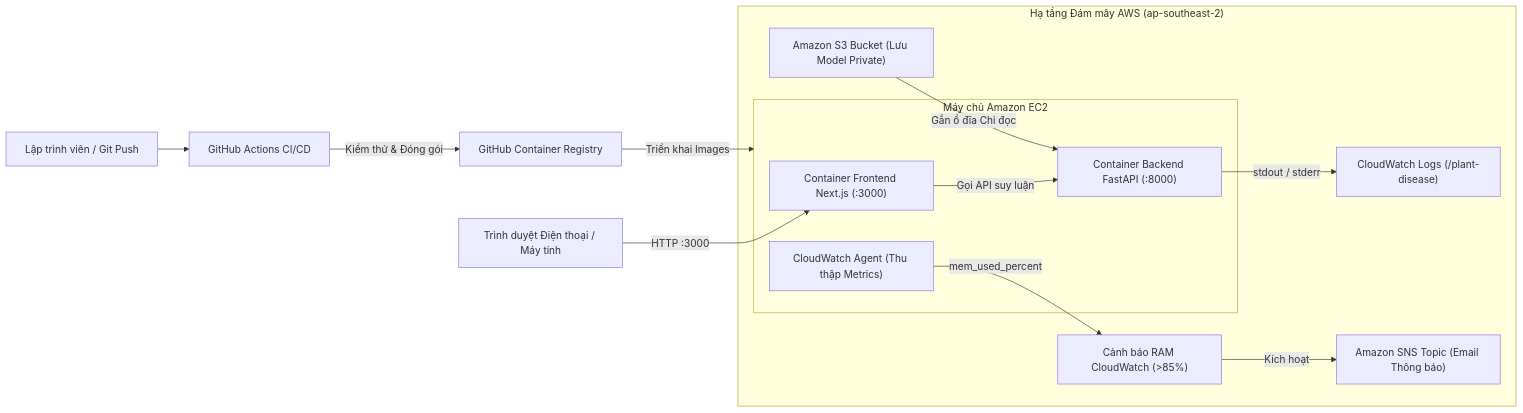
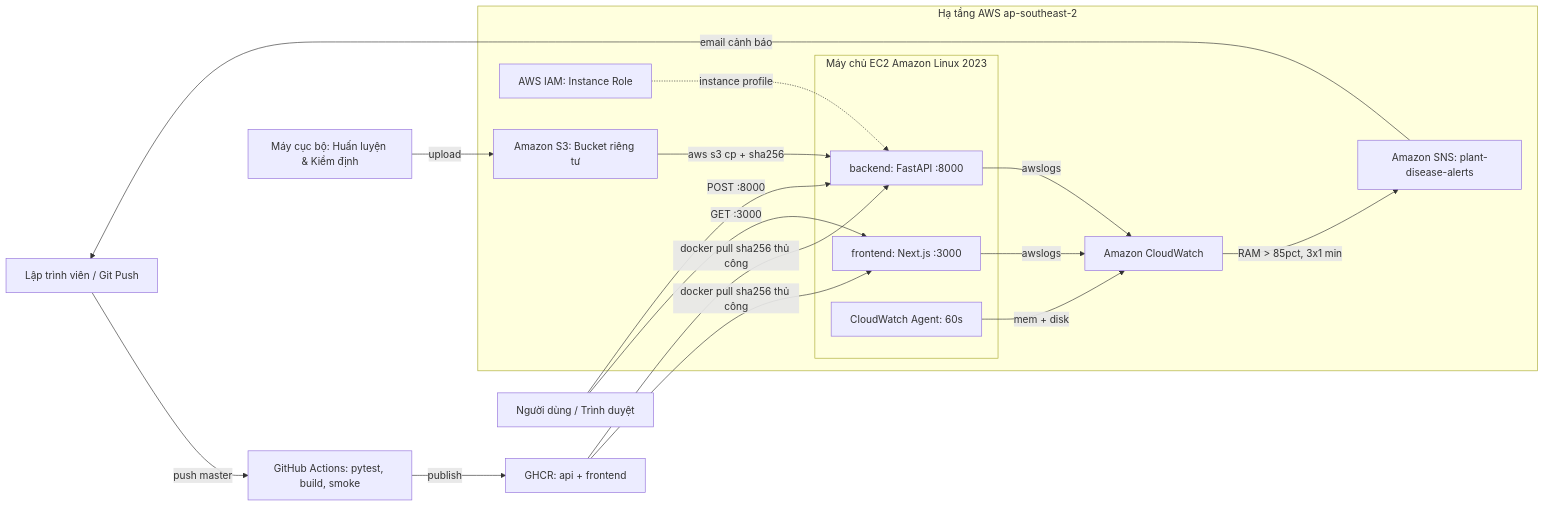
One commit to starkkk1/starkkk1.github.io changed the diagram in content/5-Workshop/_index.vi.md. Above: the diagram before and after it, drawn with Mermaid. The commit also changed 10 other files, not shown here.

Commit message:
fix(workshop): fix mermaid rendering on web and align end-to-end pipeline docs

````diff
--- a/content/5-Workshop/_index.vi.md
+++ b/content/5-Workshop/_index.vi.md
@@ -45,22 +45,27 @@
 ```mermaid
-flowchart LR
-    Dev[Lập trình viên / Git Push] --> GHA[GitHub Actions CI/CD]
-    GHA -->|Kiểm thử & Đóng gói| GHCR[GitHub Container Registry]
-    
-    subgraph AWS_Cloud ["Hạ tầng Đám mây AWS (ap-southeast-2)"]
-        subgraph EC2_Host ["Máy chủ Amazon EC2"]
-            FE["Container Frontend Next.js (:3000)"]
-            BE["Container Backend FastAPI (:8000)"]
-            CW_Agent["CloudWatch Agent (Thu thập Metrics)"]
-            FE -->|Gọi API suy luận| BE
+graph LR
+    Dev["Lập trình viên / Git Push"] -->|push master| GHA["GitHub Actions: pytest, build, smoke"]
+    GHA -->|publish| GHCR["GHCR: api + frontend"]
+    Local["Máy cục bộ: Huấn luyện & Kiểm định"] -->|upload| S3
+
+    subgraph Hạ tầng AWS ap-southeast-2
+        subgraph Máy chủ EC2 Amazon Linux 2023
+            FE["frontend: Next.js :3000"]
+            BE["backend: FastAPI :8000"]
+            CW_Agent["CloudWatch Agent: 60s"]
         end
-        
-        S3["Amazon S3 Bucket (Lưu Model Private)"] -->|Gắn ổ đĩa Chỉ đọc| BE
-        BE -->|stdout / stderr| CW_Logs["CloudWatch Logs (/plant-disease)"]
-        CW_Agent -->|mem_used_percent| CW_Alarm["Cảnh báo RAM CloudWatch (>85%)"]
-        CW_Alarm -->|Kích hoạt| SNS["Amazon SNS Topic (Email Thông báo)"]
+
+        S3["Amazon S3: Bucket riêng tư"] -->|aws s3 cp + sha256| BE
+        IAM["AWS IAM: Instance Role"] -.->|instance profile| BE
+        FE -->|awslogs| CW["Amazon CloudWatch"]
+        BE -->|awslogs| CW
+        CW_Agent -->|mem + disk| CW
+        CW -->|RAM > 85pct, 3x1 min| SNS["Amazon SNS: plant-disease-alerts"]
     end
-    
-    GHCR -->|Triển khai Images| EC2_Host
-    Client["Trình duyệt Điện thoại / Máy tính"] -->|HTTP :3000| FE
+
+    GHCR -->|docker pull sha256 thủ công| FE
+    GHCR -->|docker pull sha256 thủ công| BE
+    Client["Người dùng / Trình duyệt"] -->|GET :3000| FE
+    Client -->|POST :8000| BE
+    SNS -->|email cảnh báo| Dev
 ```
````
